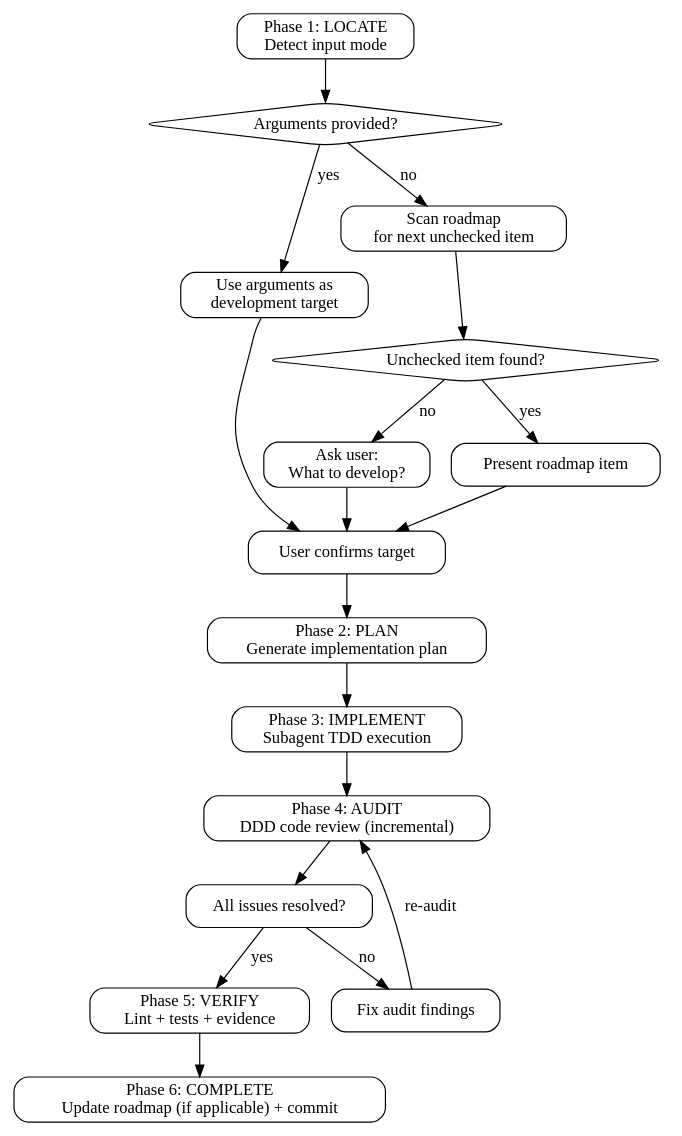
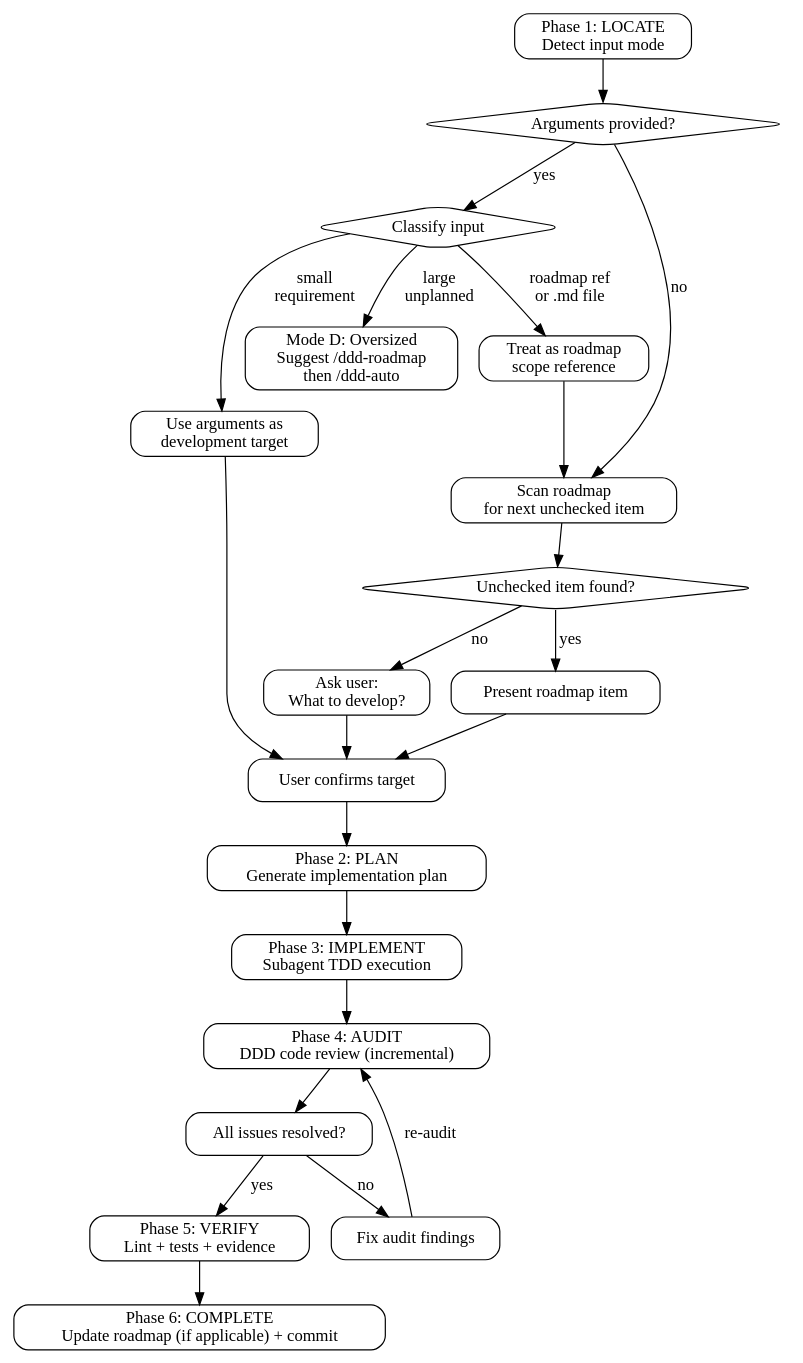
The first of 3 diagrams in skills/ddd-develop/SKILL.md (litecore-ai/ddd-coding-skills), drawn with Graphviz before and after one commit. The commit also changed other lines of this file and 3 other files, not shown here.

First line of the commit message:
feat: input scope detection for ddd-develop and ddd-auto

````diff
--- a/skills/ddd-develop/SKILL.md
+++ b/skills/ddd-develop/SKILL.md
@@ -29,37 +29,44 @@
 ```dot
 digraph ddd_develop {
   rankdir=TB;
   node [shape=box, style=rounded];
 
   input [label="Phase 1: LOCATE\nDetect input mode"];
   has_args [label="Arguments provided?" shape=diamond];
+  classify [label="Classify input" shape=diamond];
+  roadmap_ref [label="Treat as roadmap\nscope reference"];
   use_args [label="Use arguments as\ndevelopment target"];
+  oversized [label="Mode D: Oversized\nSuggest /ddd-roadmap\nthen /ddd-auto"];
   scan_roadmap [label="Scan roadmap\nfor next unchecked item"];
   has_item [label="Unchecked item found?" shape=diamond];
   use_item [label="Present roadmap item"];
   ask_user [label="Ask user:\nWhat to develop?"];
   confirm [label="User confirms target"];
   plan [label="Phase 2: PLAN\nGenerate implementation plan"];
   implement [label="Phase 3: IMPLEMENT\nSubagent TDD execution"];
   audit [label="Phase 4: AUDIT\nDDD code review (incremental)"];
   pass [label="All issues resolved?"];
   fix [label="Fix audit findings"];
   verify [label="Phase 5: VERIFY\nLint + tests + evidence"];
   complete [label="Phase 6: COMPLETE\nUpdate roadmap (if applicable) + commit"];
 
   input -> has_args;
-  has_args -> use_args [label="yes"];
+  has_args -> classify [label="yes"];
   has_args -> scan_roadmap [label="no"];
+  classify -> roadmap_ref [label="roadmap ref\nor .md file"];
+  classify -> use_args [label="small\nrequirement"];
+  classify -> oversized [label="large\nunplanned"];
+  roadmap_ref -> scan_roadmap;
   scan_roadmap -> has_item;
   has_item -> use_item [label="yes"];
   has_item -> ask_user [label="no"];
   use_args -> confirm;
   use_item -> confirm;
   ask_user -> confirm;
   confirm -> plan -> implement -> audit -> pass;
   pass -> fix [label="no"];
   fix -> audit [label="re-audit"];
   pass -> verify [label="yes"];
   verify -> complete;
 }
 ```
````
